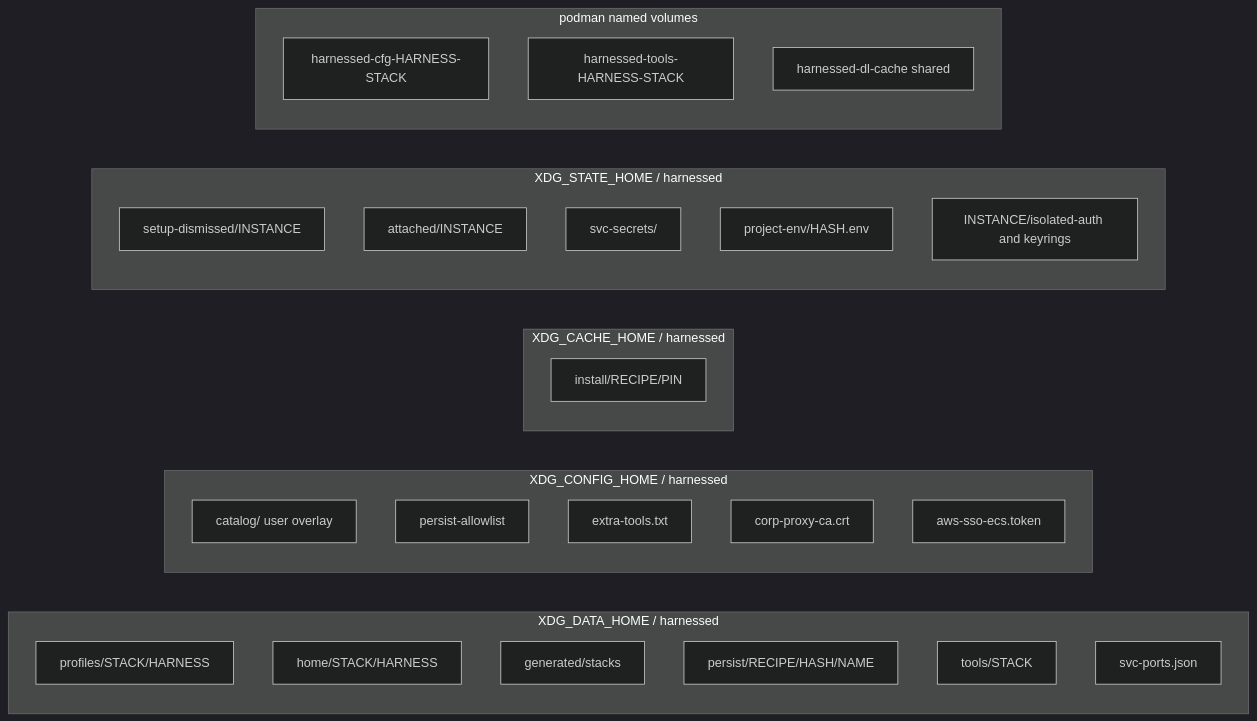
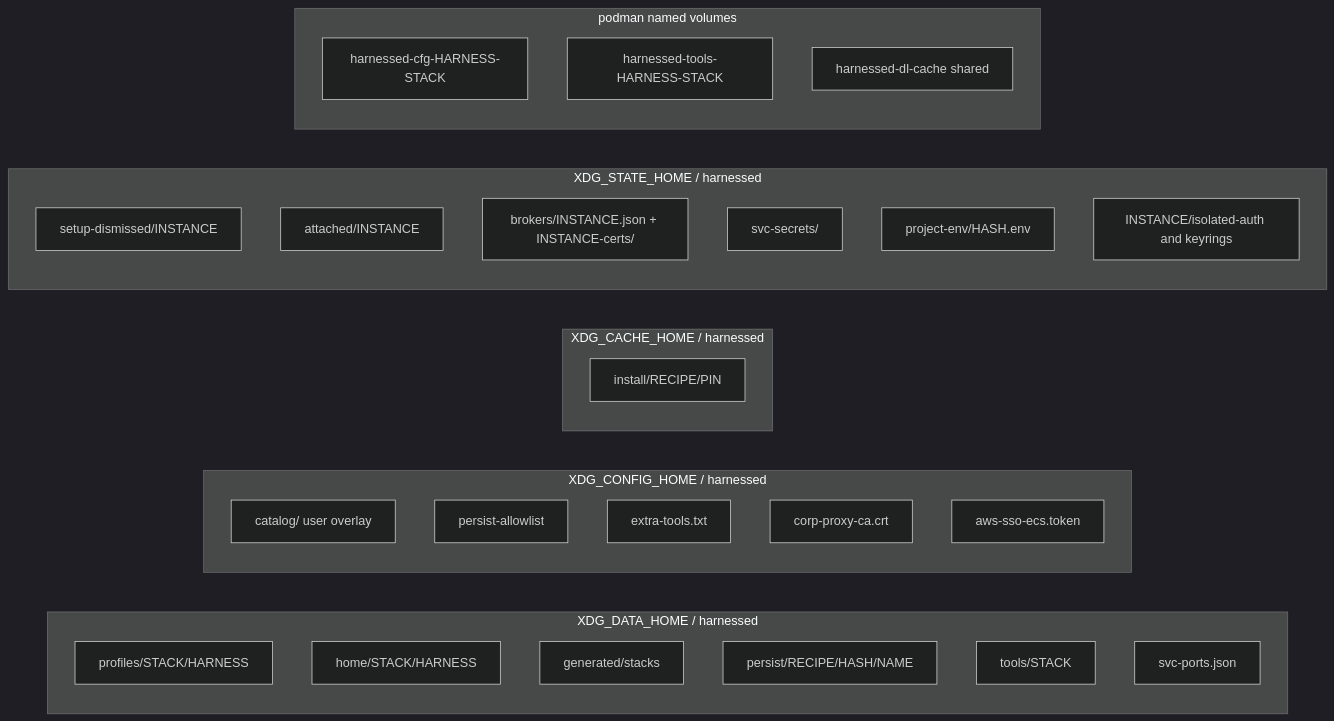
The first of 3 diagrams in openwiki/architecture/state.md (drmikecrowe/harnessed), drawn with Mermaid (dark theme) before and after one commit. The commit also changed other lines of this file and 44 other files, not shown here.

````diff
--- a/openwiki/architecture/state.md
+++ b/openwiki/architecture/state.md
@@ -74,33 +81,34 @@
 ```mermaid
 flowchart LR
     subgraph DATA["XDG_DATA_HOME / harnessed"]
         prof["profiles/STACK/HARNESS"]
         homes["home/STACK/HARNESS"]
         gen["generated/stacks"]
         pers["persist/RECIPE/HASH/NAME"]
         tl["tools/STACK"]
         ports["svc-ports.json"]
     end
     subgraph CFG["XDG_CONFIG_HOME / harnessed"]
         overlay["catalog/ user overlay"]
         allow["persist-allowlist"]
         et["extra-tools.txt"]
         ca["corp-proxy-ca.crt"]
         tok["aws-sso-ecs.token"]
     end
     subgraph CAC["XDG_CACHE_HOME / harnessed"]
         ic["install/RECIPE/PIN"]
     end
     subgraph ST["XDG_STATE_HOME / harnessed"]
         dism["setup-dismissed/INSTANCE"]
         att["attached/INSTANCE"]
+        brk["brokers/INSTANCE.json + INSTANCE-certs/"]
         sec["svc-secrets/"]
         penv["project-env/HASH.env"]
         iso["INSTANCE/isolated-auth and keyrings"]
     end
     subgraph RT["podman named volumes"]
         cv["harnessed-cfg-HARNESS-STACK"]
         tv["harnessed-tools-HARNESS-STACK"]
         dv["harnessed-dl-cache shared"]
     end
 ```
````
